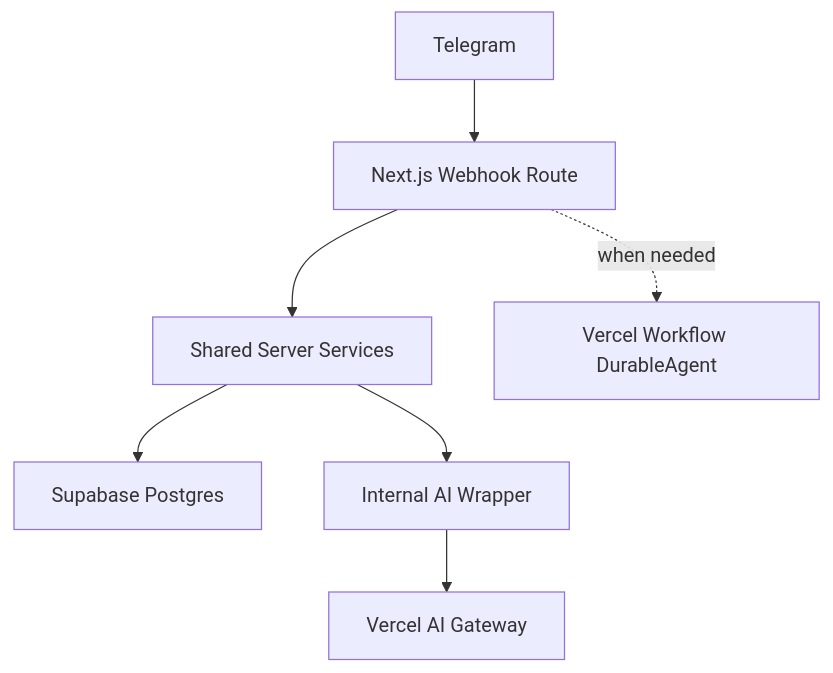
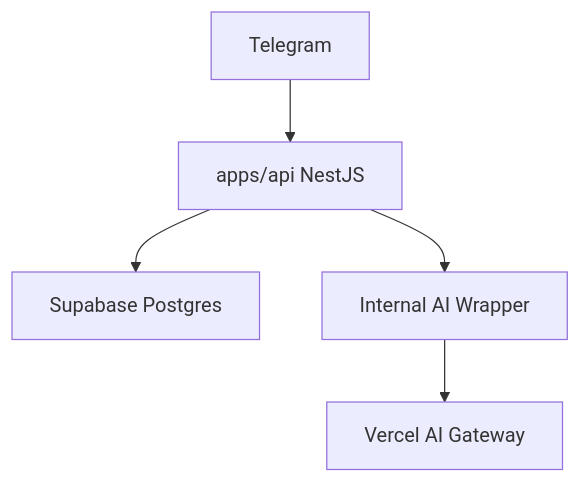
One commit to phuonganh412/fridge2recipe changed the second of 2 diagrams in docs/architecture.md. Above: the diagram before and after it, drawn with Mermaid. The commit also changed other lines of this file and 67 other files, not shown here.

````diff
--- a/docs/architecture.md
+++ b/docs/architecture.md
@@ -41,9 +49,7 @@
 ```mermaid
 flowchart TD
-  telegram[Telegram] --> webhook[Next.js Webhook Route]
-  webhook --> services[Shared Server Services]
-  services --> db[Supabase Postgres]
-  services --> aiWrapper[Internal AI Wrapper]
+  telegram[Telegram] --> api[apps/api NestJS]
+  api --> db[Supabase Postgres]
+  api --> aiWrapper[Internal AI Wrapper]
   aiWrapper --> gateway[Vercel AI Gateway]
-  webhook -. "when needed" .-> workflow[Vercel Workflow DurableAgent]
 ```
````
